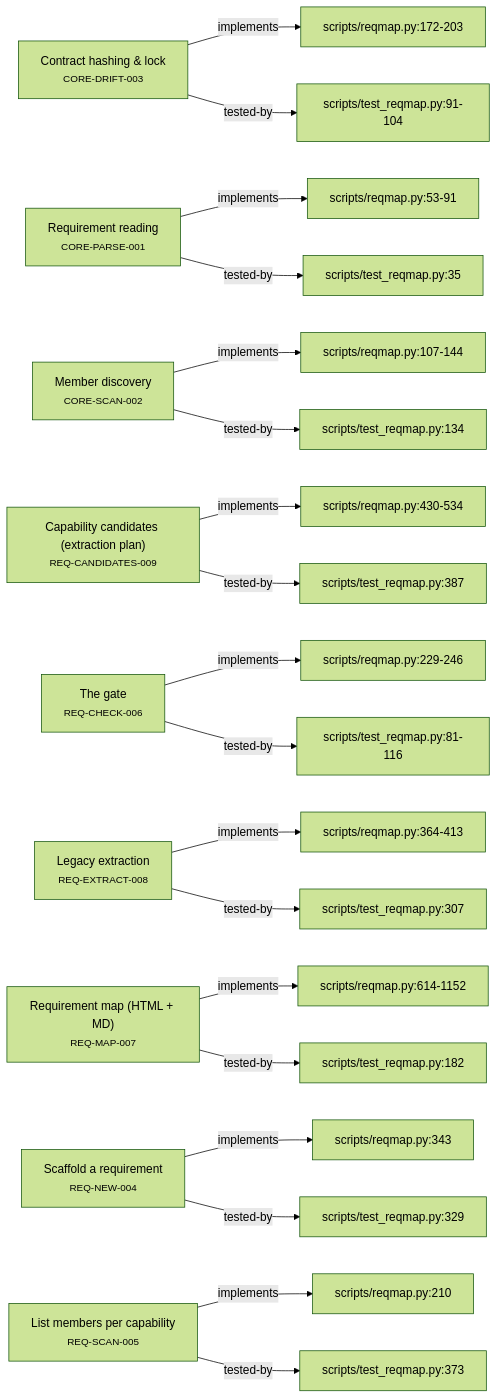
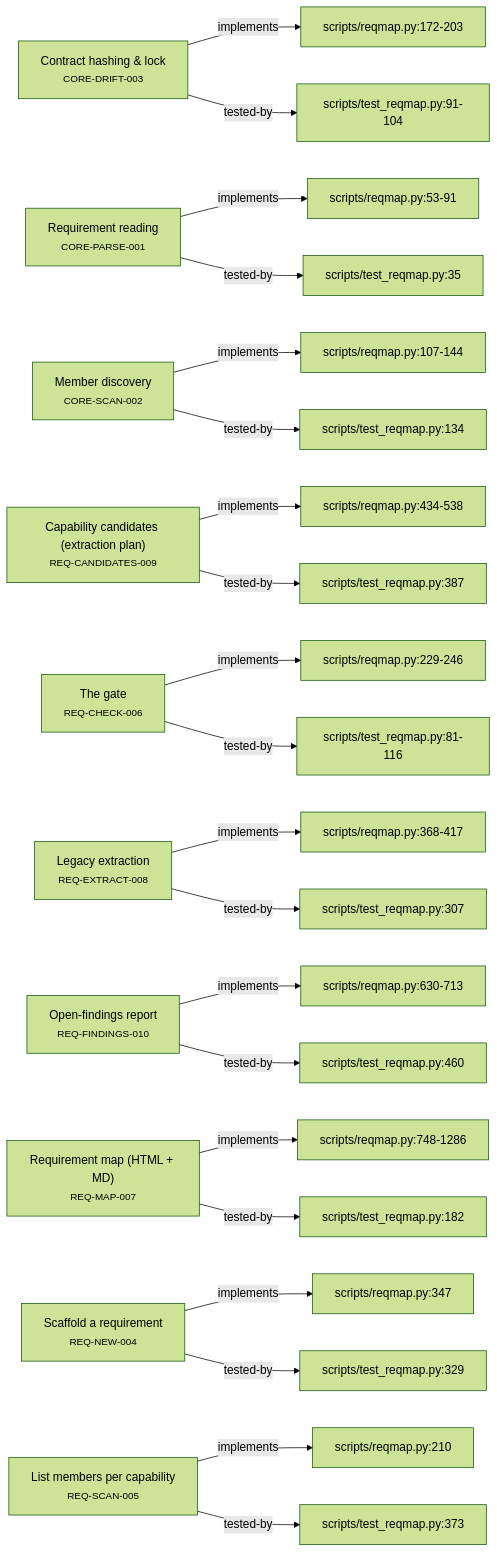
One commit to alxmax/Requirement-manager changed the second of 4 diagrams in plugin/requirements/_map.md. Above: the diagram before and after it, drawn with Mermaid (forest theme). The commit also changed other lines of this file and 9 other files, not shown here.

First line of the commit message:
feat(reqmap): add findings command — aggregate + triage open verify-intent items

````diff
--- a/plugin/requirements/_map.md
+++ b/plugin/requirements/_map.md
@@ -37,48 +38,53 @@
 ```mermaid
 graph LR
   CORE_DRIFT_003["Contract hashing & lock<br><small>CORE-DRIFT-003</small>"]
   f_scripts_reqmap_py_172_203["scripts/reqmap.py:172-203"]
   CORE_DRIFT_003 -->|implements| f_scripts_reqmap_py_172_203
   f_scripts_test_reqmap_py_91_104["scripts/test_reqmap.py:91-104"]
   CORE_DRIFT_003 -->|tested-by| f_scripts_test_reqmap_py_91_104
   CORE_PARSE_001["Requirement reading<br><small>CORE-PARSE-001</small>"]
   f_scripts_reqmap_py_53_91["scripts/reqmap.py:53-91"]
   CORE_PARSE_001 -->|implements| f_scripts_reqmap_py_53_91
   f_scripts_test_reqmap_py_35["scripts/test_reqmap.py:35"]
   CORE_PARSE_001 -->|tested-by| f_scripts_test_reqmap_py_35
   CORE_SCAN_002["Member discovery<br><small>CORE-SCAN-002</small>"]
   f_scripts_reqmap_py_107_144["scripts/reqmap.py:107-144"]
   CORE_SCAN_002 -->|implements| f_scripts_reqmap_py_107_144
   f_scripts_test_reqmap_py_134["scripts/test_reqmap.py:134"]
   CORE_SCAN_002 -->|tested-by| f_scripts_test_reqmap_py_134
   REQ_CANDIDATES_009["Capability candidates (extraction plan)<br><small>REQ-CANDIDATES-009</small>"]
-  f_scripts_reqmap_py_430_534["scripts/reqmap.py:430-534"]
-  REQ_CANDIDATES_009 -->|implements| f_scripts_reqmap_py_430_534
+  f_scripts_reqmap_py_434_538["scripts/reqmap.py:434-538"]
+  REQ_CANDIDATES_009 -->|implements| f_scripts_reqmap_py_434_538
   f_scripts_test_reqmap_py_387["scripts/test_reqmap.py:387"]
   REQ_CANDIDATES_009 -->|tested-by| f_scripts_test_reqmap_py_387
   REQ_CHECK_006["The gate<br><small>REQ-CHECK-006</small>"]
   f_scripts_reqmap_py_229_246["scripts/reqmap.py:229-246"]
   REQ_CHECK_006 -->|implements| f_scripts_reqmap_py_229_246
   f_scripts_test_reqmap_py_81_116["scripts/test_reqmap.py:81-116"]
   REQ_CHECK_006 -->|tested-by| f_scripts_test_reqmap_py_81_116
   REQ_EXTRACT_008["Legacy extraction<br><small>REQ-EXTRACT-008</small>"]
-  f_scripts_reqmap_py_364_413["scripts/reqmap.py:364-413"]
-  REQ_EXTRACT_008 -->|implements| f_scripts_reqmap_py_364_413
+  f_scripts_reqmap_py_368_417["scripts/reqmap.py:368-417"]
+  REQ_EXTRACT_008 -->|implements| f_scripts_reqmap_py_368_417
   f_scripts_test_reqmap_py_307["scripts/test_reqmap.py:307"]
   REQ_EXTRACT_008 -->|tested-by| f_scripts_test_reqmap_py_307
+  REQ_FINDINGS_010["Open-findings report<br><small>REQ-FINDINGS-010</small>"]
+  f_scripts_reqmap_py_630_713["scripts/reqmap.py:630-713"]
+  REQ_FINDINGS_010 -->|implements| f_scripts_reqmap_py_630_713
+  f_scripts_test_reqmap_py_460["scripts/test_reqmap.py:460"]
+  REQ_FINDINGS_010 -->|tested-by| f_scripts_test_reqmap_py_460
   REQ_MAP_007["Requirement map (HTML + MD)<br><small>REQ-MAP-007</small>"]
-  f_scripts_reqmap_py_614_1152["scripts/reqmap.py:614-1152"]
-  REQ_MAP_007 -->|implements| f_scripts_reqmap_py_614_1152
+  f_scripts_reqmap_py_748_1286["scripts/reqmap.py:748-1286"]
+  REQ_MAP_007 -->|implements| f_scripts_reqmap_py_748_1286
   f_scripts_test_reqmap_py_182["scripts/test_reqmap.py:182"]
   REQ_MAP_007 -->|tested-by| f_scripts_test_reqmap_py_182
   REQ_NEW_004["Scaffold a requirement<br><small>REQ-NEW-004</small>"]
-  f_scripts_reqmap_py_343["scripts/reqmap.py:343"]
-  REQ_NEW_004 -->|implements| f_scripts_reqmap_py_343
+  f_scripts_reqmap_py_347["scripts/reqmap.py:347"]
+  REQ_NEW_004 -->|implements| f_scripts_reqmap_py_347
   f_scripts_test_reqmap_py_329["scripts/test_reqmap.py:329"]
   REQ_NEW_004 -->|tested-by| f_scripts_test_reqmap_py_329
   REQ_SCAN_005["List members per capability<br><small>REQ-SCAN-005</small>"]
   f_scripts_reqmap_py_210["scripts/reqmap.py:210"]
   REQ_SCAN_005 -->|implements| f_scripts_reqmap_py_210
   f_scripts_test_reqmap_py_373["scripts/test_reqmap.py:373"]
   REQ_SCAN_005 -->|tested-by| f_scripts_test_reqmap_py_373
 ```
````
